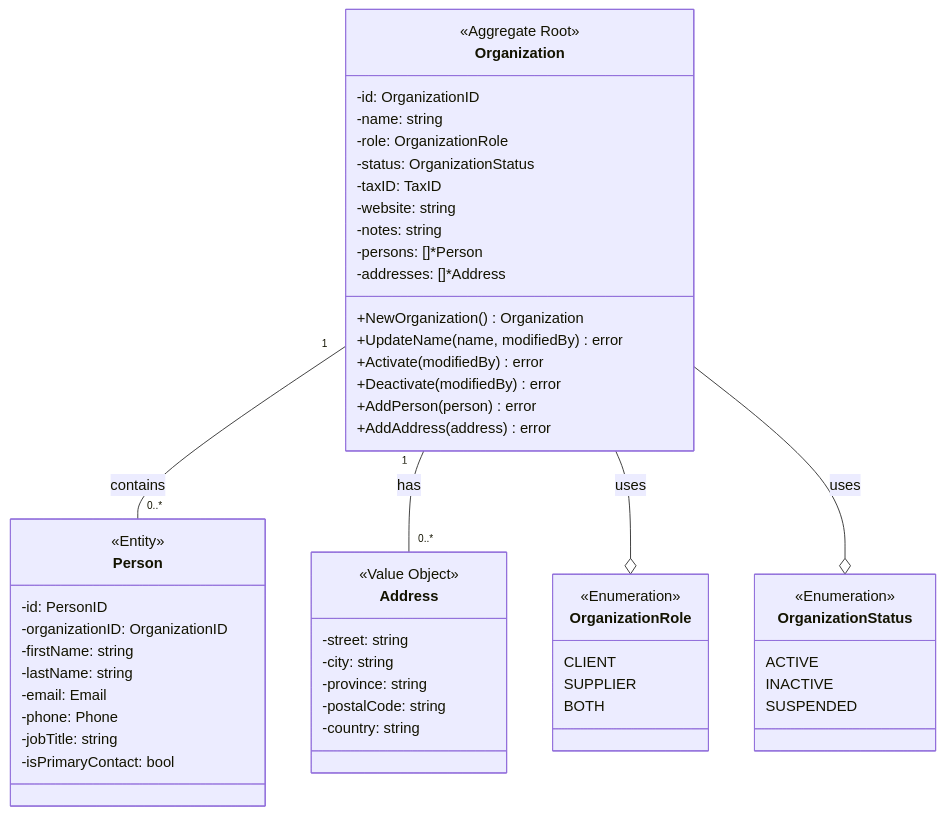
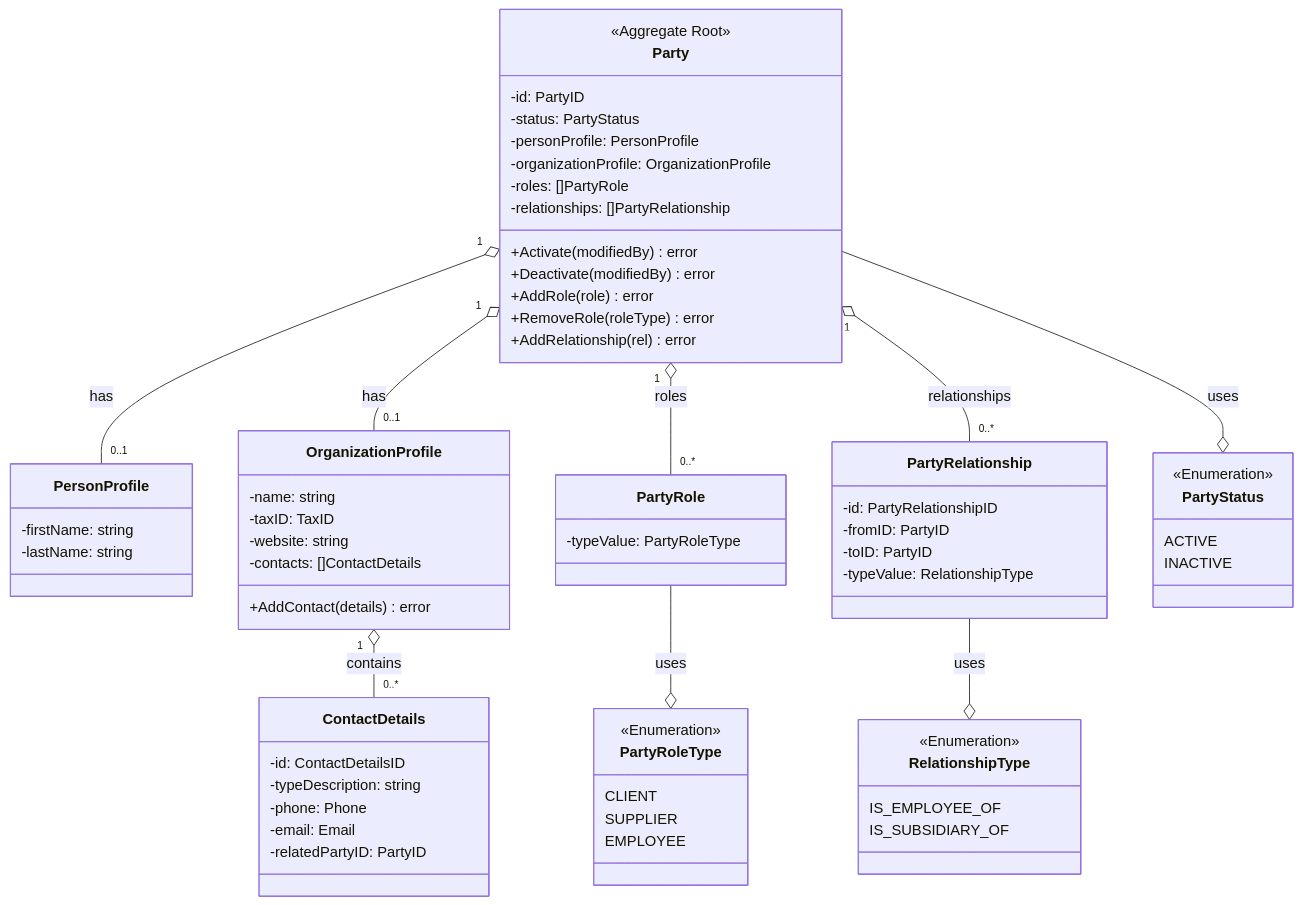
Before and after one commit to jorgecvzc/TramaTex: the diagram in docs/modules/party/diagrams/domain-model.md, drawn with Mermaid. The commit also changed other lines of this file and 132 other files, not shown here.

````diff
--- a/docs/modules/party/diagrams/domain-model.md
+++ b/docs/modules/party/diagrams/domain-model.md
@@ -14,64 +13,80 @@
 ```mermaid
 classDiagram
     direction TB
 
-    class Organization {
+    class Party {
         <<Aggregate Root>>
-        -id: OrganizationID
+        -id: PartyID
+        -status: PartyStatus
+        -personProfile: PersonProfile
+        -organizationProfile: OrganizationProfile
+        -roles: []PartyRole
+        -relationships: []PartyRelationship
+        +Activate(modifiedBy) error
+        +Deactivate(modifiedBy) error
+        +AddRole(role) error
+        +RemoveRole(roleType) error
+        +AddRelationship(rel) error
+    }
+
+    class PersonProfile {
+        -firstName: string
+        -lastName: string
+    }
+
+    class OrganizationProfile {
         -name: string
-        -role: OrganizationRole
-        -status: OrganizationStatus
         -taxID: TaxID
         -website: string
-        -notes: string
-        -persons: []*Person
-        -addresses: []*Address
-        +NewOrganization() Organization
-        +UpdateName(name, modifiedBy) error
-        +Activate(modifiedBy) error
-        +Deactivate(modifiedBy) error
-        +AddPerson(person) error
-        +AddAddress(address) error
+        -contacts: []ContactDetails
+        +AddContact(details) error
     }
 
-    class Person {
-        <<Entity>>
-        -id: PersonID
-        -organizationID: OrganizationID
-        -firstName: string
-        -lastName: string
+    class ContactDetails {
+        -id: ContactDetailsID
+        -typeDescription: string
+        -phone: Phone
         -email: Email
-        -phone: Phone
-        -jobTitle: string
-        -isPrimaryContact: bool
+        -relatedPartyID: PartyID
     }
 
-    class Address {
-        <<Value Object>>
-        -street: string
-        -city: string
-        -province: string
-        -postalCode: string
-        -country: string
+    class PartyRole {
+        -typeValue: PartyRoleType
     }
 
-    class OrganizationRole {
+    class PartyRelationship {
+        -id: PartyRelationshipID
+        -fromID: PartyID
+        -toID: PartyID
+        -typeValue: RelationshipType
+    }
+
+    class PartyStatus {
+        <<Enumeration>>
+        ACTIVE
+        INACTIVE
+    }
+
+    class PartyRoleType {
         <<Enumeration>>
         CLIENT
         SUPPLIER
-        BOTH
+        EMPLOYEE
     }
 
-    class OrganizationStatus {
+    class RelationshipType {
         <<Enumeration>>
-        ACTIVE
-        INACTIVE
-        SUSPENDED
+        IS_EMPLOYEE_OF
+        IS_SUBSIDIARY_OF
     }
 
-    Organization "1" -- "0..*" Person : contains
-    Organization "1" -- "0..*" Address : has
-    Organization --o OrganizationRole : uses
-    Organization --o OrganizationStatus : uses
+    Party "1" o-- "0..1" PersonProfile : has
+    Party "1" o-- "0..1" OrganizationProfile : has
+    OrganizationProfile "1" o-- "0..*" ContactDetails : contains
+    Party "1" o-- "0..*" PartyRole : roles
+    Party "1" o-- "0..*" PartyRelationship : relationships
+    Party --o PartyStatus : uses
+    PartyRole --o PartyRoleType : uses
+    PartyRelationship --o RelationshipType : uses
 
 ```
````
